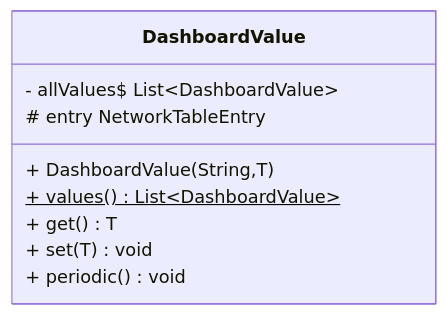
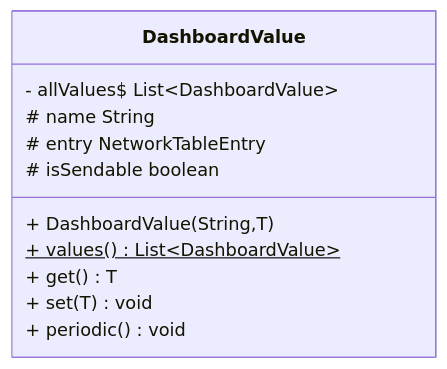
The diagram in src/uml/frc/robot/utils/dashboard/DashboardValue.mmd (LakotaRobotics1038/2026RobotProject), drawn with Mermaid before and after one commit. The commit also changed 14 other files, not shown here.

Commit message:
uml updates

```diff
--- a/src/uml/frc/robot/utils/dashboard/DashboardValue.mmd
+++ b/src/uml/frc/robot/utils/dashboard/DashboardValue.mmd
@@ -1,12 +1,14 @@
 classDiagram
   direction LR
 
   class DashboardValue {
     - allValues$ List~DashboardValue~
+    # name String
     # entry NetworkTableEntry
+    # isSendable boolean
     + DashboardValue(String,T)
     + values()$ List~DashboardValue~
     + get() T
     + set(T) void
     + periodic() void
   }
```
